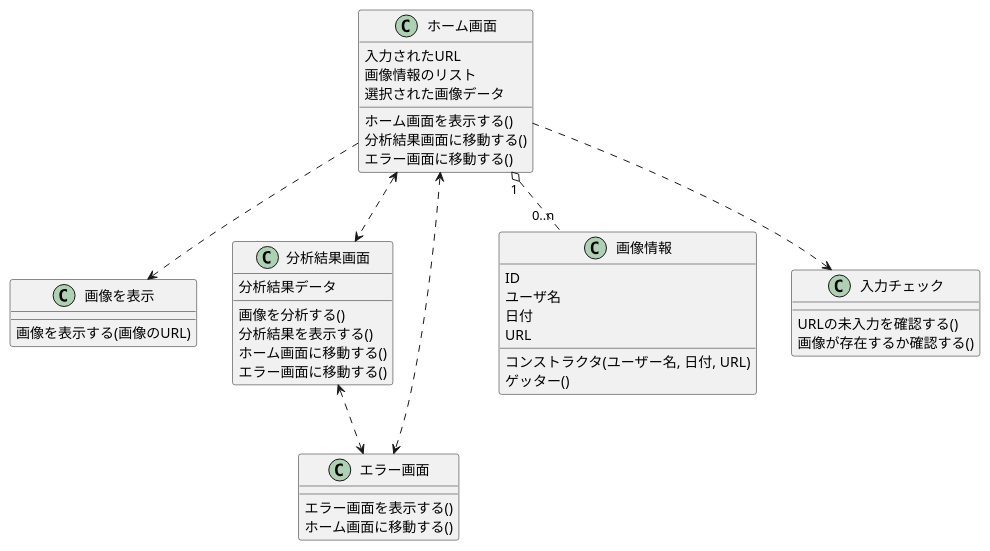
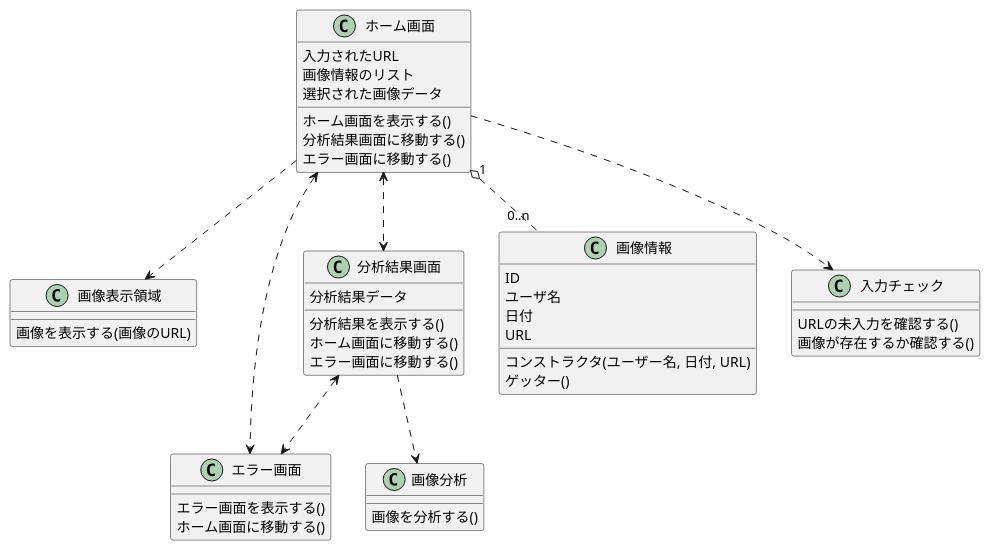
One commit to nishikawa1114/FaceEmotionSystem changed the diagram in uml/classDiag.pu. Above: the diagram before and after it, drawn with PlantUML. The commit also changed 1 other file, not shown here.

```diff
--- a/uml/classDiag.pu
+++ b/uml/classDiag.pu
@@ -1,50 +1,54 @@
 @startuml Face Emotion
 
 class ホーム画面 {
     入力されたURL
     画像情報のリスト
     選択された画像データ
     ホーム画面を表示する()
     分析結果画面に移動する()
     エラー画面に移動する()
 }
 
-class 画像を表示 {
+class 画像表示領域 {
     画像を表示する(画像のURL)
 }
 
 class 分析結果画面 {
     分析結果データ
-    画像を分析する()
     分析結果を表示する()
     ホーム画面に移動する()
     エラー画面に移動する()
 }
 
 class エラー画面 {
     エラー画面を表示する()
     ホーム画面に移動する()
+}
+
+class 画像分析 {
+    画像を分析する()
 }
 
 class 画像情報 {
     ID
     ユーザ名
     日付
     URL
     コンストラクタ(ユーザー名, 日付, URL)
     ゲッター()
 }
 
 class 入力チェック {
     URLの未入力を確認する()
     画像が存在するか確認する()
 }
 
 ホーム画面 "1" o.. "0..n" 画像情報
 ホーム画面 ..> 入力チェック
-ホーム画面 ..> 画像を表示
+ホーム画面 ..> 画像表示領域
 ホーム画面 <..> エラー画面
 ホーム画面 <..> 分析結果画面
+分析結果画面 ..> 画像分析
 分析結果画面 <..> エラー画面
 
 @enduml
```
